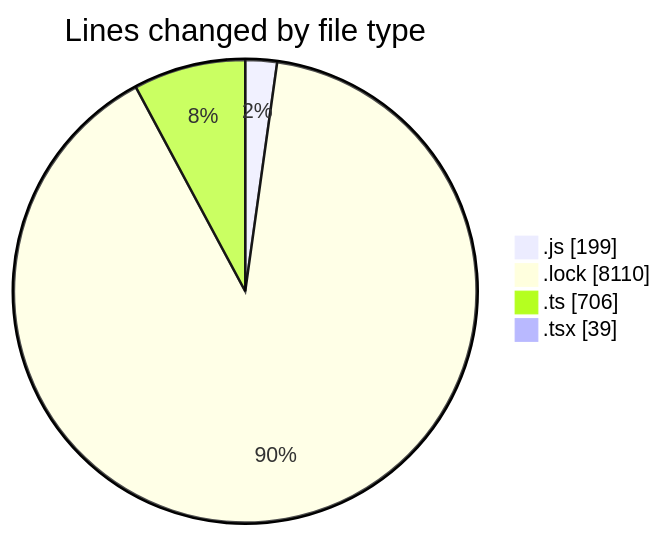
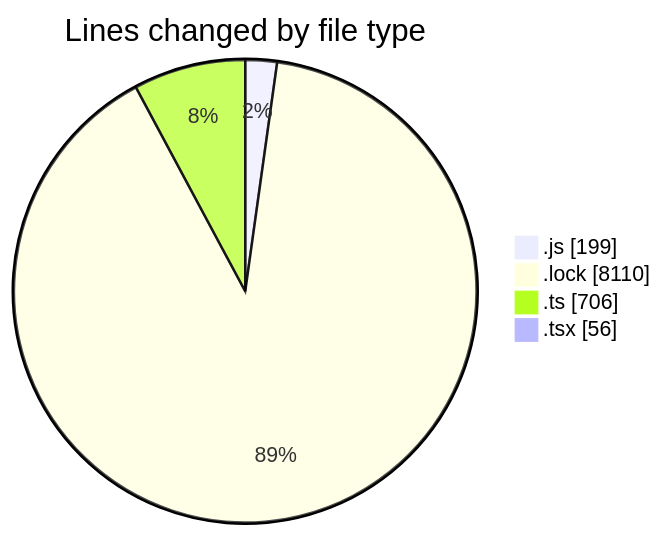
Before and after one commit to momahboobian/code-tracking: the first of 2 diagrams in 2025-02-07/cda/README.md, drawn with Mermaid. The commit also changed other lines of this file and 1 other file, not shown here.

````diff
--- a/2025-02-07/cda/README.md
+++ b/2025-02-07/cda/README.md
@@ -31,8 +32,8 @@
 ```mermaid
 pie showData
 title Lines changed by file type
 ".js" : 199
 ".lock" : 8110
 ".ts" : 706
-".tsx" : 39
+".tsx" : 56
 ```
````
